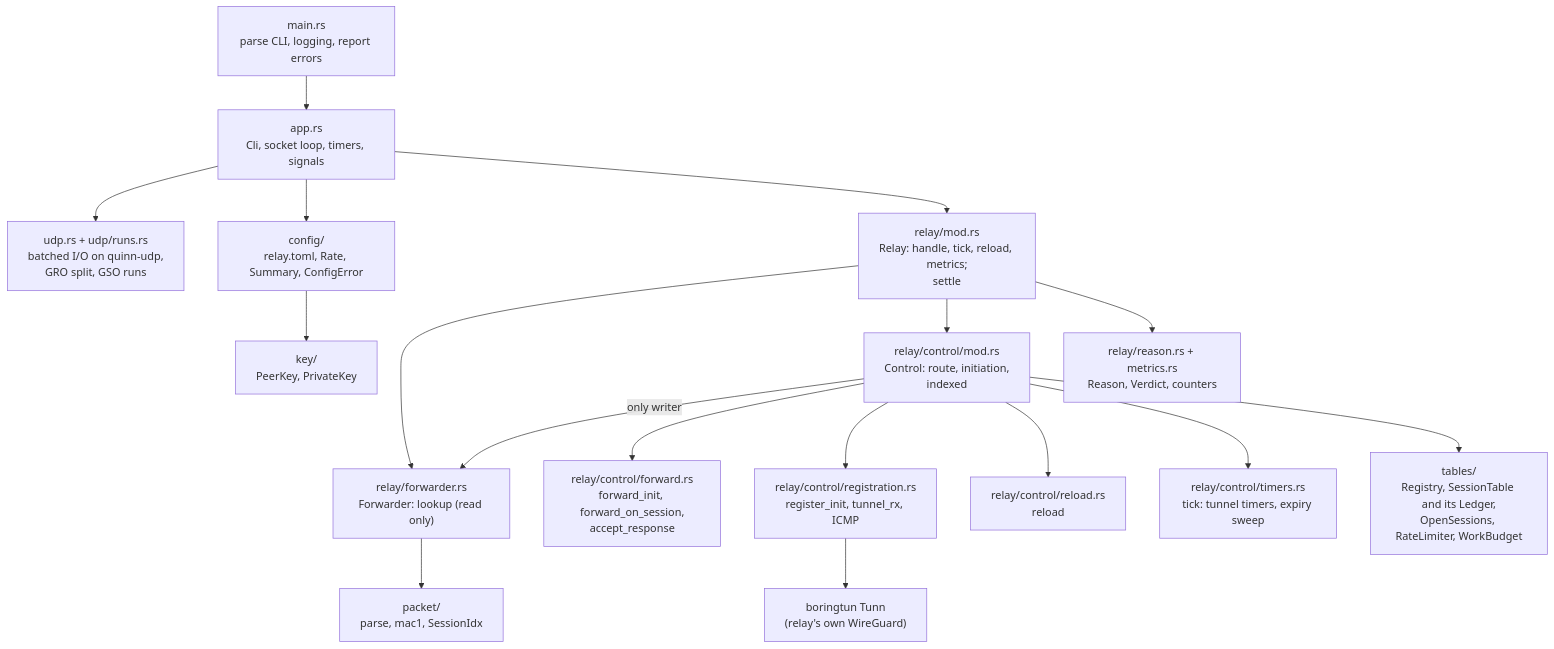
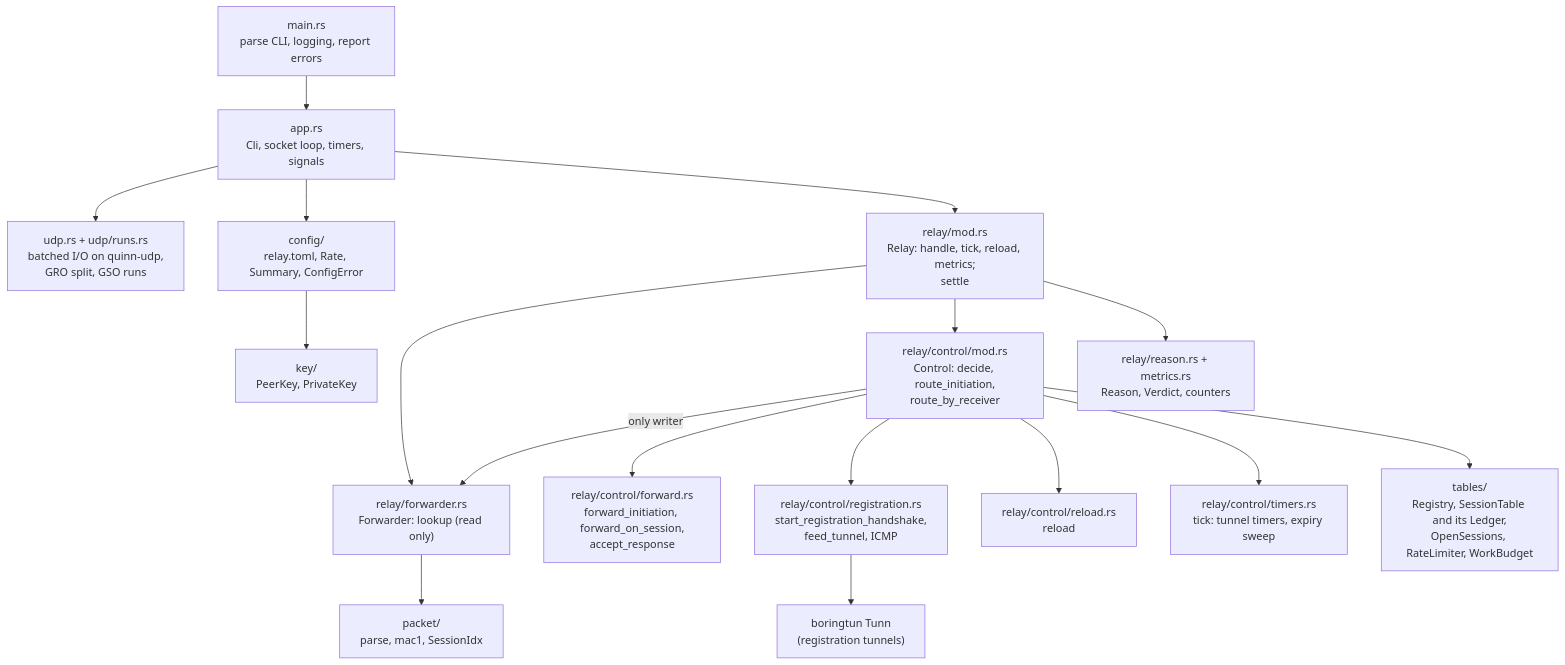
One commit to 3alpha/wg-relay changed diagram 21 of 22 in docs/how-it-works.md. Above: the diagram before and after it, drawn with Mermaid. The commit also changed other lines of this file and 18 other files, not shown here.

````diff
--- a/docs/how-it-works.md
+++ b/docs/how-it-works.md
@@ -701,19 +710,19 @@
 ```mermaid
 flowchart TD
     main["main.rs<br/>parse CLI, logging, report errors"] --> app["app.rs<br/>Cli, socket loop, timers, signals"]
     app --> udp["udp.rs + udp/runs.rs<br/>batched I/O on quinn-udp,<br/>GRO split, GSO runs"]
     app --> cfg["config/<br/>relay.toml, Rate, Summary, ConfigError"]
     app --> relay["relay/mod.rs<br/>Relay: handle, tick, reload, metrics;<br/>settle"]
     relay --> fwdr["relay/forwarder.rs<br/>Forwarder: lookup (read only)"]
-    relay --> ctl["relay/control/mod.rs<br/>Control: route, initiation,<br/>indexed"]
+    relay --> ctl["relay/control/mod.rs<br/>Control: decide, route_initiation,<br/>route_by_receiver"]
     ctl -- "only writer" --> fwdr
-    ctl --> fwd["relay/control/forward.rs<br/>forward_init, forward_on_session,<br/>accept_response"]
-    ctl --> regm["relay/control/registration.rs<br/>register_init, tunnel_rx, ICMP"]
+    ctl --> fwd["relay/control/forward.rs<br/>forward_initiation, forward_on_session,<br/>accept_response"]
+    ctl --> regm["relay/control/registration.rs<br/>start_registration_handshake,<br/>feed_tunnel, ICMP"]
     ctl --> rel["relay/control/reload.rs<br/>reload"]
     ctl --> tmr["relay/control/timers.rs<br/>tick: tunnel timers, expiry sweep"]
     relay --> rsn["relay/reason.rs + metrics.rs<br/>Reason, Verdict, counters"]
     ctl --> tbl["tables/<br/>Registry, SessionTable and its Ledger,<br/>OpenSessions, RateLimiter, WorkBudget"]
     fwdr --> pkt["packet/<br/>parse, mac1, SessionIdx"]
-    regm --> bt["boringtun Tunn<br/>(relay's own WireGuard)"]
+    regm --> bt["boringtun Tunn<br/>(registration tunnels)"]
     cfg --> key["key/<br/>PeerKey, PrivateKey"]
 ```
````
